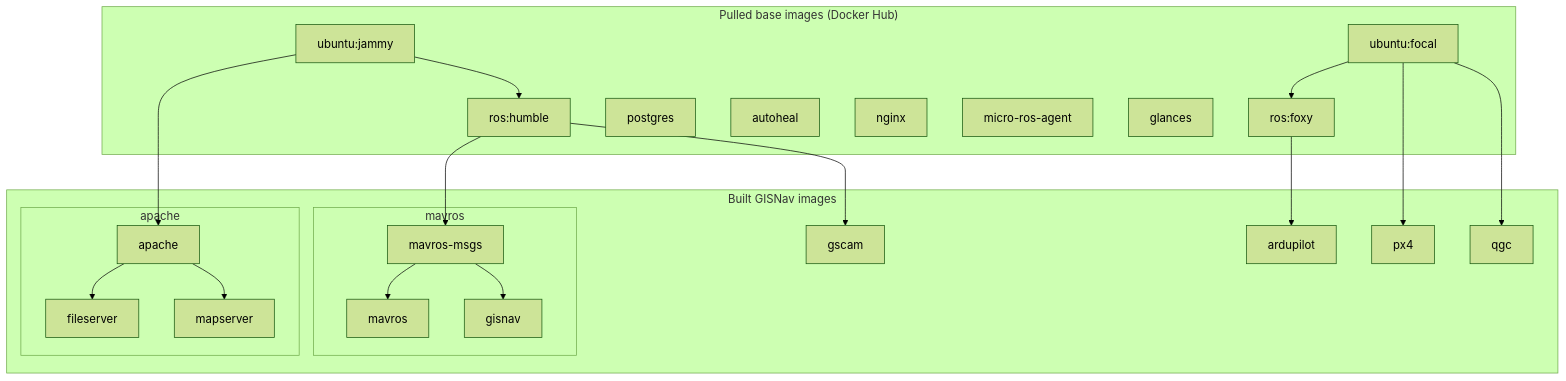
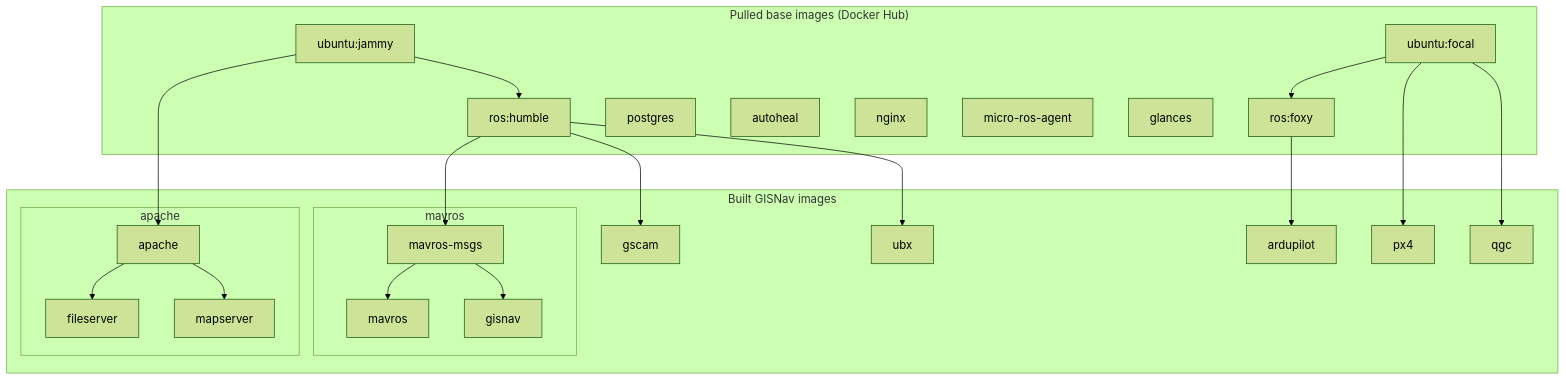
One commit to hmakelin/gisnav changed the second of 3 diagrams in docs/vitepress/docs/system-architecture.md. Above: the diagram before and after it, drawn with Mermaid (forest theme). The commit also changed other lines of this file, not shown here.

Commit message:
Depict new ubx middleware service in system architecture docs

````diff
--- a/docs/vitepress/docs/system-architecture.md
+++ b/docs/vitepress/docs/system-architecture.md
@@ -76,46 +79,48 @@
 ```mermaid
 graph TD
     subgraph base_images ["Pulled base images (Docker Hub)"]
         ubuntu_jammy["ubuntu:jammy"]
         ubuntu_focal["ubuntu:focal"]
         ros_humble["ros:humble"]
         ros_foxy["ros:foxy"]
         postgres
         autoheal
         nginx
         micro-ros-agent
         glances
     end
 
     subgraph built_images ["Built GISNav images"]
         subgraph apache_ctx[apache]
             apache
             mapserver
             fileserver
         end
         subgraph mavros_ctx[mavros]
             gisnav
             mavros
             mavros-msgs
         end
         gscam
+        ubx
         px4
         ardupilot
         qgc
     end
 
 
     ubuntu_focal --> ros_foxy
     ubuntu_jammy --> apache
     apache --> fileserver
     apache --> mapserver
     ubuntu_jammy --> ros_humble
     ros_humble --> mavros-msgs
     mavros-msgs --> mavros
     mavros-msgs --> gisnav
     ros_humble --> gscam
+    ros_humble --> ubx
     ubuntu_focal --> px4
     ros_foxy --> ardupilot
     ubuntu_focal --> qgc
 
 ```
````
